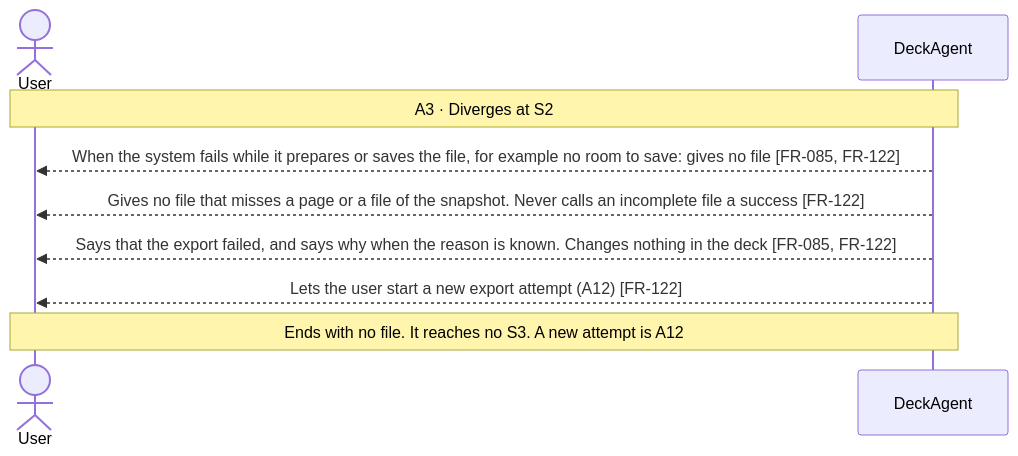
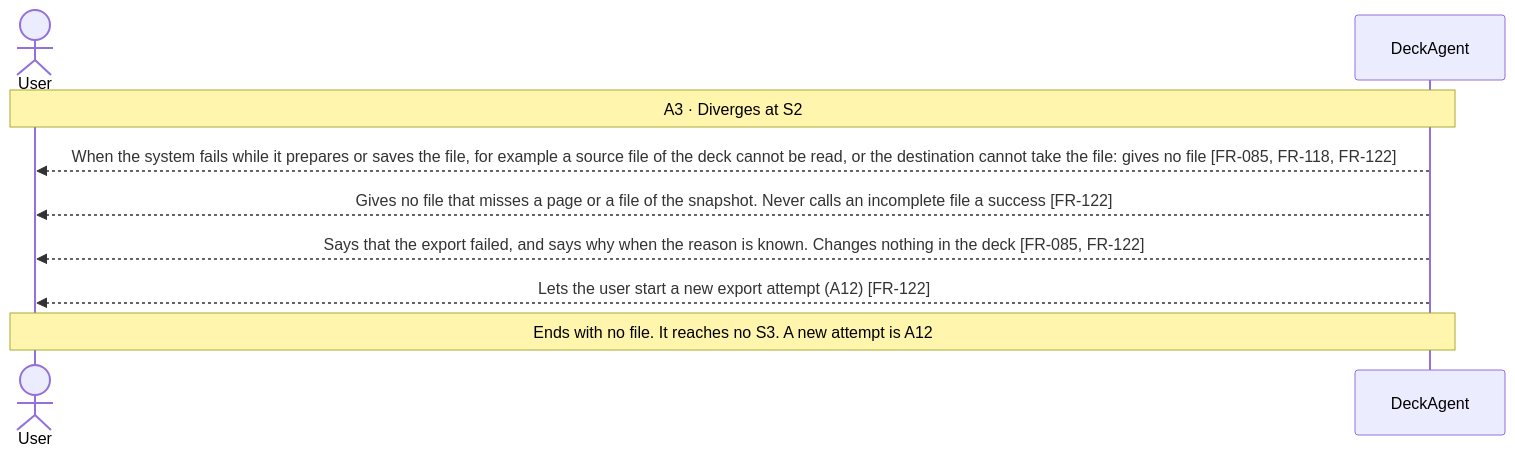
The third of 11 diagrams in docs/spec/03-use-cases/UC-004.md (Luke23127006/DeckAgent), drawn with Mermaid before and after one commit. The commit also changed other lines of this file and 13 other files, not shown here.

````diff
--- a/docs/spec/03-use-cases/UC-004.md
+++ b/docs/spec/03-use-cases/UC-004.md
@@ -82,11 +82,11 @@
 ```mermaid
 sequenceDiagram
     actor User
     participant DeckAgent
     Note over User,DeckAgent: A3 · Diverges at S2
-    DeckAgent-->>User: When the system fails while it prepares or saves the file, for example no room to save: gives no file [FR-085, FR-122]
+    DeckAgent-->>User: When the system fails while it prepares or saves the file, for example a source file of the deck cannot be read, or the destination cannot take the file: gives no file [FR-085, FR-118, FR-122]
     DeckAgent-->>User: Gives no file that misses a page or a file of the snapshot. Never calls an incomplete file a success [FR-122]
     DeckAgent-->>User: Says that the export failed, and says why when the reason is known. Changes nothing in the deck [FR-085, FR-122]
     DeckAgent-->>User: Lets the user start a new export attempt (A12) [FR-122]
     Note over User,DeckAgent: Ends with no file. It reaches no S3. A new attempt is A12
 ```
````
